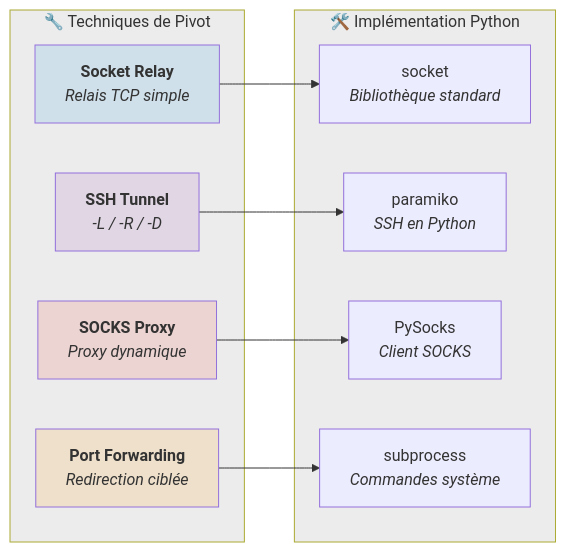
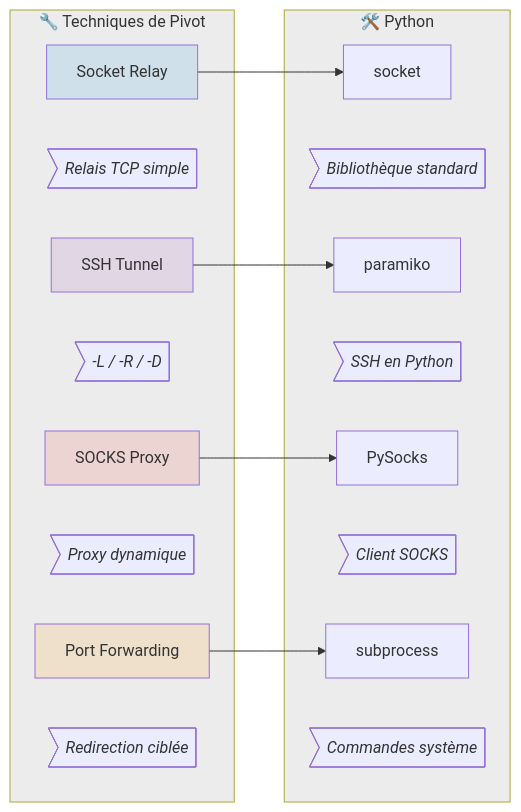
One commit to venantvr-security/venantvr-security.github.io changed the third of 3 diagrams in repos/Python.Network.Pivot/index.md. Above: the diagram before and after it, drawn with Mermaid. The commit also changed 2 other files, not shown here.

Commit message:
Transformation des labels Mermaid en notes asymétriques
Évite les chevauchements en séparant les infos détaillées dans des bulles

```diff
--- a/repos/Python.Network.Pivot/index.md
+++ b/repos/Python.Network.Pivot/index.md
@@ -341,28 +341,36 @@
 <div class="mermaid">
 flowchart LR
     subgraph Techniques["🔧 Techniques de Pivot"]
-        T1["<b>Socket Relay</b><br/><i>Relais TCP simple</i>"]
-        T2["<b>SSH Tunnel</b><br/><i>-L / -R / -D</i>"]
-        T3["<b>SOCKS Proxy</b><br/><i>Proxy dynamique</i>"]
-        T4["<b>Port Forwarding</b><br/><i>Redirection ciblée</i>"]
+        T1["Socket Relay"]
+        T1_note>"<i>Relais TCP simple</i>"]
+        T2["SSH Tunnel"]
+        T2_note>"<i>-L / -R / -D</i>"]
+        T3["SOCKS Proxy"]
+        T3_note>"<i>Proxy dynamique</i>"]
+        T4["Port Forwarding"]
+        T4_note>"<i>Redirection ciblée</i>"]
     end
 
-    subgraph Outils["🛠️ Implémentation Python"]
-        O1["socket<br/><i>Bibliothèque standard</i>"]
-        O2["paramiko<br/><i>SSH en Python</i>"]
-        O3["PySocks<br/><i>Client SOCKS</i>"]
-        O4["subprocess<br/><i>Commandes système</i>"]
+    subgraph Outils["🛠️ Python"]
+        O1["socket"]
+        O1_note>"<i>Bibliothèque standard</i>"]
+        O2["paramiko"]
+        O2_note>"<i>SSH en Python</i>"]
+        O3["PySocks"]
+        O3_note>"<i>Client SOCKS</i>"]
+        O4["subprocess"]
+        O4_note>"<i>Commandes système</i>"]
     end
 
     T1 --> O1
     T2 --> O2
     T3 --> O3
     T4 --> O4
 
     style T1 fill:#3498db,fill-opacity:0.15
     style T2 fill:#9b59b6,fill-opacity:0.15
     style T3 fill:#e74c3c,fill-opacity:0.15
     style T4 fill:#f39c12,fill-opacity:0.15
     style Outils fill:#808080,fill-opacity:0.15
     style Techniques fill:#808080,fill-opacity:0.15
 </div>
```
